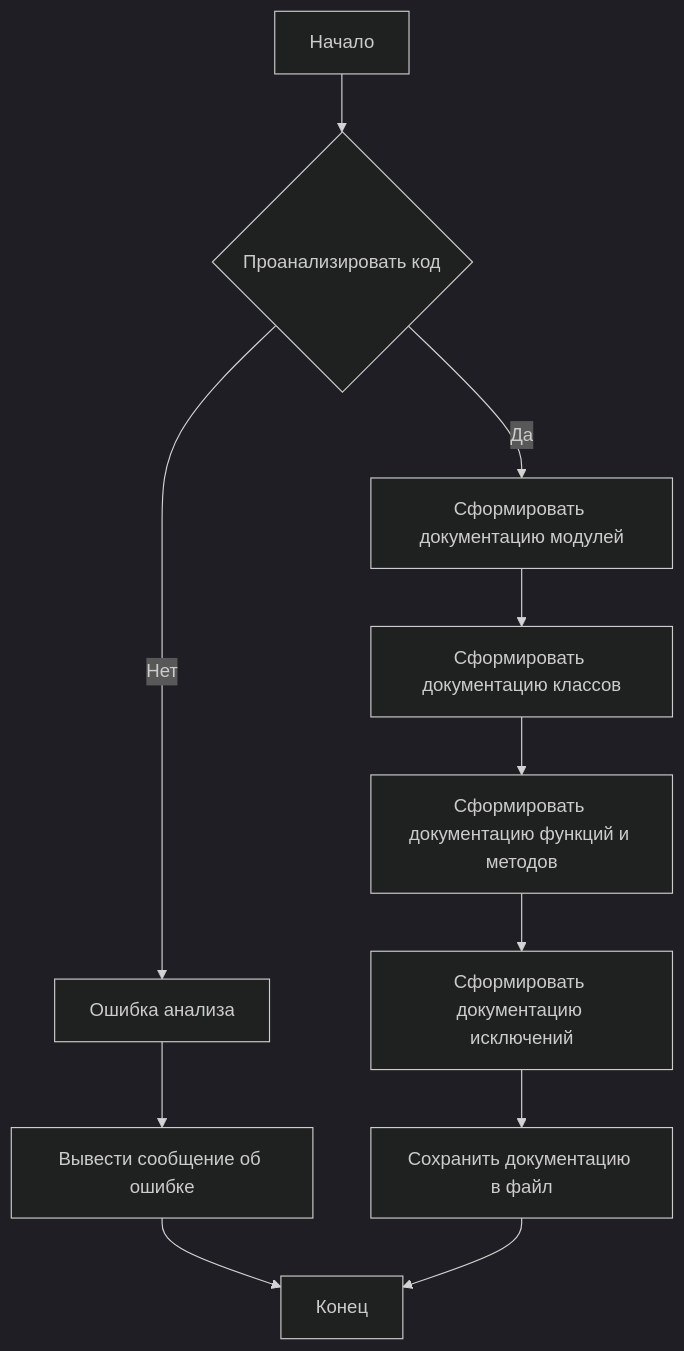
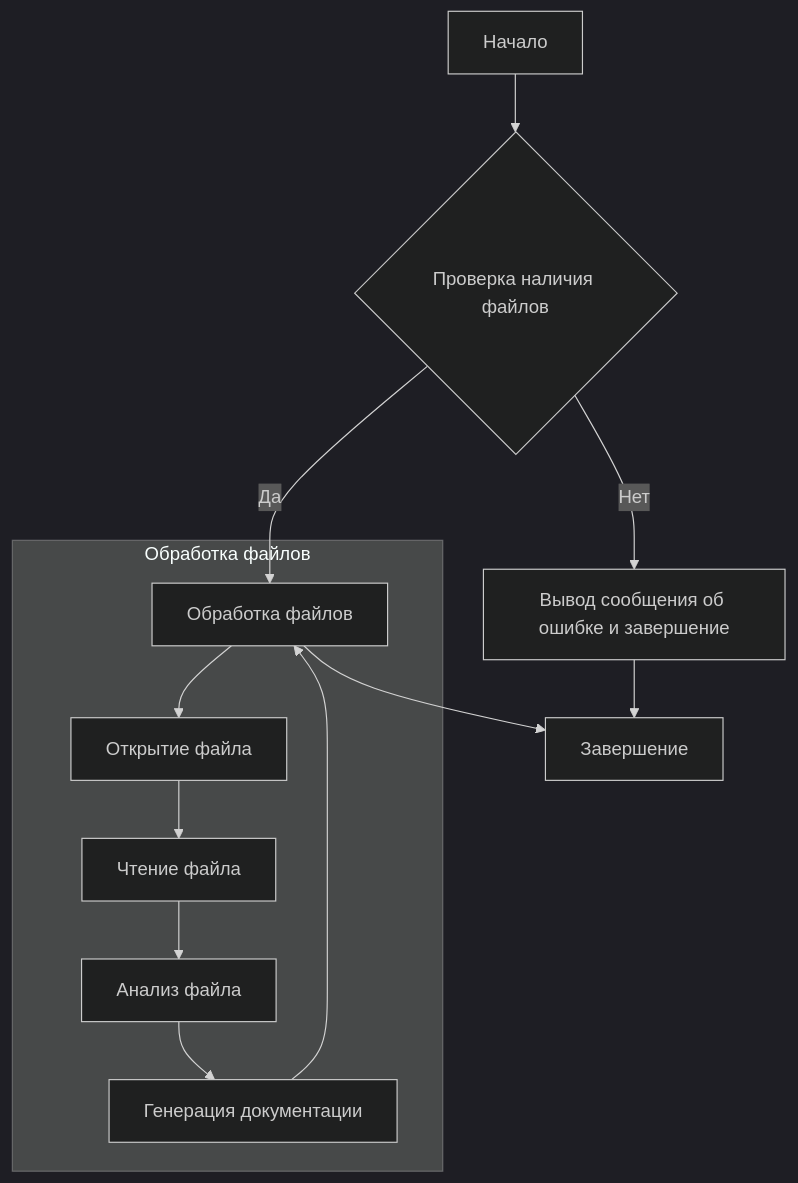
One commit to hypo69/hypo changed the diagram in docs/gemini/ru/explainer/src/ai/prompts/developer/doc_writer_html_ru.md. Above: the diagram before and after it, drawn with Mermaid (dark theme). The commit also changed other lines of this file and 877 other files, not shown here.

````diff
--- a/docs/gemini/ru/explainer/src/ai/prompts/developer/doc_writer_html_ru.md
+++ b/docs/gemini/ru/explainer/src/ai/prompts/developer/doc_writer_html_ru.md
@@ -5,13 +3,15 @@
 ```mermaid
 graph TD
-    A[Начало] --> B{Проанализировать код};
-    B -- Да --> C[Сформировать документацию модулей];
-    B -- Нет --> D[Ошибка анализа];
-    C --> E[Сформировать документацию классов];
-    E --> F[Сформировать документацию функций и методов];
-    F --> G[Сформировать документацию исключений];
-    G --> H[Сохранить документацию в файл];
-    D --> I[Вывести сообщение об ошибке];
-    I --> J[Конец];
-    H --> J;
+    A[Начало] --> B{Проверка наличия файлов};
+    B -- Да --> C[Обработка файлов];
+    B -- Нет --> D[Вывод сообщения об ошибке и завершение];
+    C --> E[Завершение];
+    D --> E;
+    subgraph Обработка файлов
+        C --> F[Открытие файла];
+        F --> G[Чтение файла];
+        G --> H[Анализ файла];
+        H --> I[Генерация документации];
+        I --> C;
+    end
 ```
````
